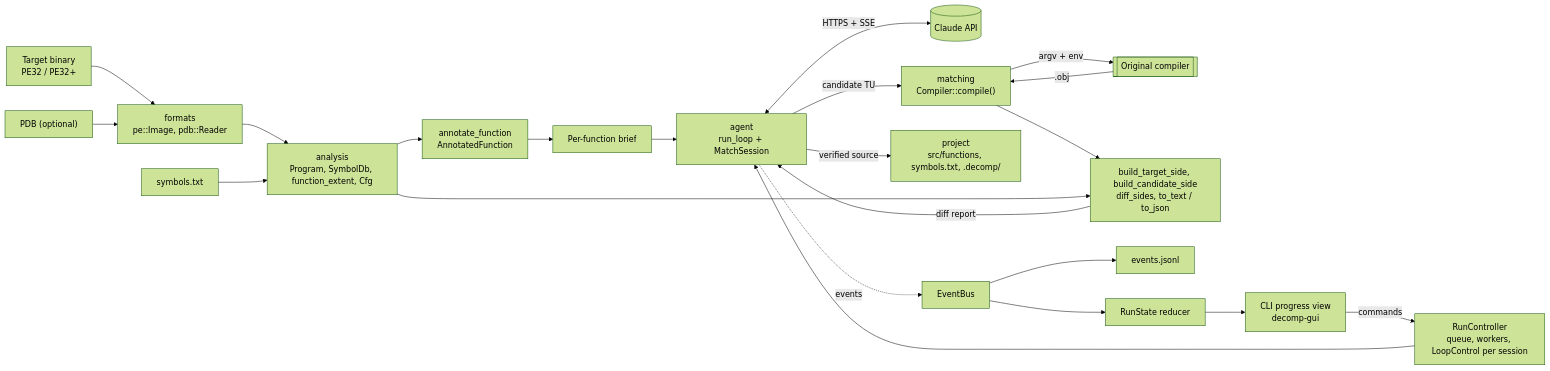
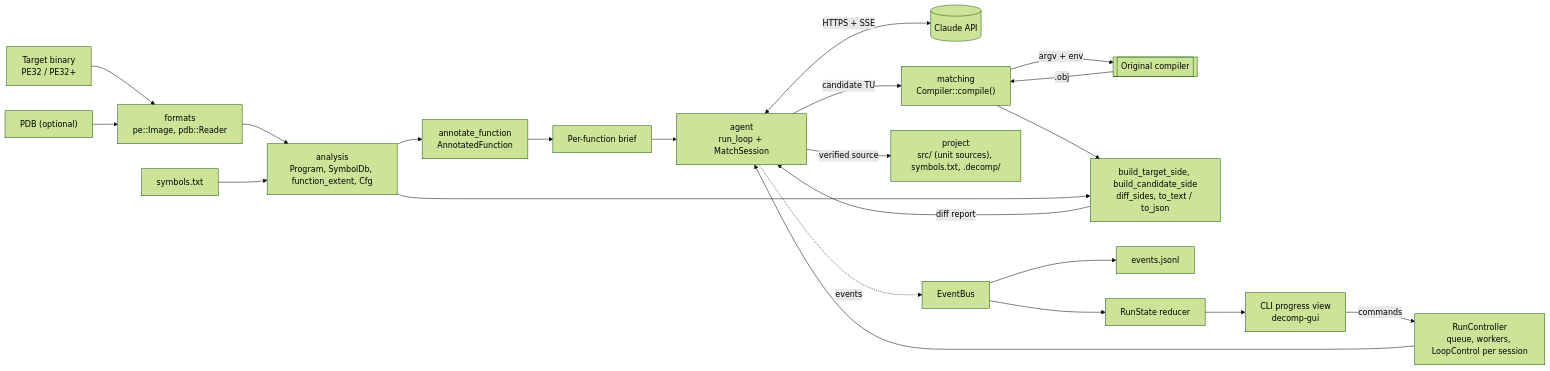
The diagram in docs/architecture.md (Bar3b0n3s/Decomp), drawn with Mermaid (forest theme) before and after one commit. The commit also changed other lines of this file and 32 other files, not shown here.

First line of the commit message:
Keep matched functions in one source per translation unit

````diff
--- a/docs/architecture.md
+++ b/docs/architecture.md
@@ -71,24 +71,24 @@
 ```mermaid
 flowchart LR
     BIN["Target binary<br/>PE32 / PE32+"] --> FMT["formats<br/>pe::Image, pdb::Reader"]
     PDB["PDB (optional)"] --> FMT
     FMT --> AN["analysis<br/>Program, SymbolDb, function_extent, Cfg"]
     SYM["symbols.txt"] --> AN
     AN --> ANN["annotate_function<br/>AnnotatedFunction"]
     ANN --> BRIEF["Per-function brief"]
     BRIEF --> LOOP["agent<br/>run_loop + MatchSession"]
     LOOP <-->|"HTTPS + SSE"| API[("Claude API")]
     LOOP -->|"candidate TU"| CMP["matching<br/>Compiler::compile()"]
     CMP -->|"argv + env"| CC[["Original compiler"]]
     CC -->|".obj"| CMP
     CMP --> DIFF["build_target_side, build_candidate_side<br/>diff_sides, to_text / to_json"]
     AN --> DIFF
     DIFF -->|"diff report"| LOOP
-    LOOP -->|"verified source"| PRJ["project<br/>src/functions, symbols.txt, .decomp/"]
+    LOOP -->|"verified source"| PRJ["project<br/>src/ (unit sources), symbols.txt, .decomp/"]
     LOOP -. events .-> BUS["EventBus"]
     BUS --> LOG["events.jsonl"]
     BUS --> RS["RunState reducer"]
     RS --> VIEWS["CLI progress view<br/>decomp-gui"]
     VIEWS -->|"commands"| RC["RunController<br/>queue, workers, LoopControl per session"]
     RC --> LOOP
 ```
````
